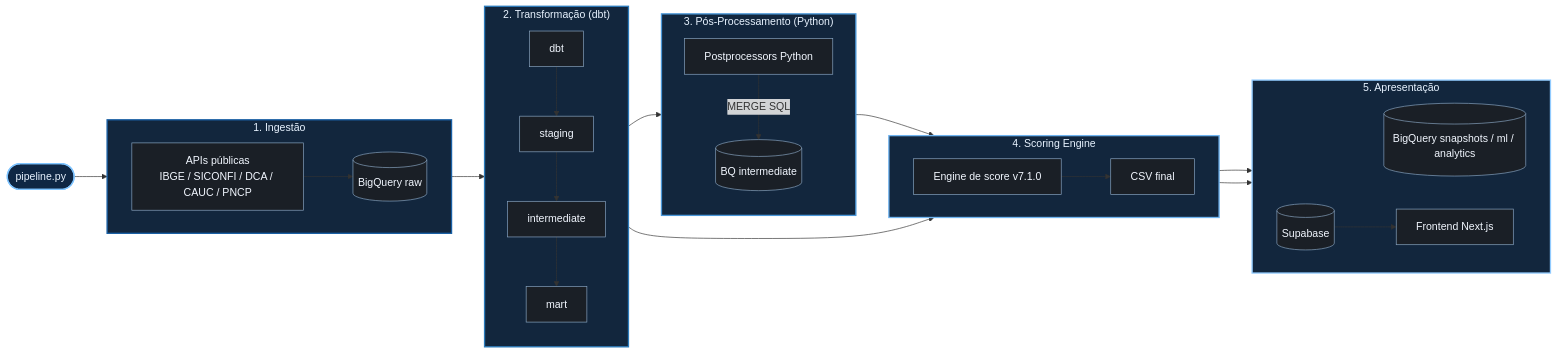
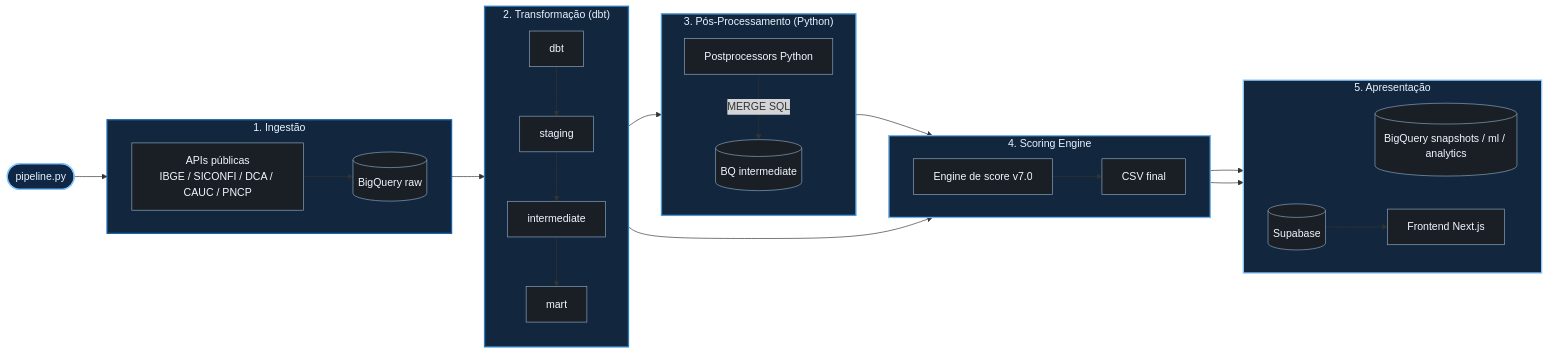
Before and after one commit to Fel-tby/solvelicita-engine: the diagram in README.md, drawn with Mermaid. The commit also changed 5 other files, not shown here.

````diff
--- a/README.md
+++ b/README.md
@@ -60,71 +60,71 @@
 ```mermaid
 flowchart LR
     PL(["pipeline.py"])
 
     subgraph INGEST ["1. Ingestão"]
         direction LR
         APIS["APIs públicas<br/>IBGE / SICONFI / DCA / CAUC / PNCP"]
         RAW[("BigQuery raw")]
         APIS --> RAW
     end
 
     subgraph TRANSFORM ["2. Transformação (dbt)"]
         direction TB
         DBT["dbt"]
         STG["staging"]
         INT["intermediate"]
         MART["mart"]
         DBT --> STG --> INT --> MART
     end
 
     subgraph ENRICH ["3. Pós-Processamento (Python)"]
         direction TB
         PROC["Postprocessors Python"]
         BQINT[("BQ intermediate")]
         PROC -->|MERGE SQL| BQINT
     end
 
     subgraph SCORE ["4. Scoring Engine"]
         direction LR
-        ENG["Engine de score v7.1.0"]
+        ENG["Engine de score v7.0"]
         CSV["CSV final"]
     end
 
     subgraph PRESENT ["5. Apresentação"]
         direction LR
         SNAP[("BigQuery snapshots / ml / analytics")]
         SB[("Supabase")]
         WEB["Frontend Next.js"]
     end
 
     PL --> INGEST
     RAW --> TRANSFORM
     MART --> ENRICH
     MART --> ENG
     BQINT --> ENG
     ENG --> SNAP
     ENG --> CSV
     CSV --> SB
     SB --> WEB
 
     style PL fill:#0f2744,color:#e8f3ff,stroke:#7fc4ff,stroke-width:2px
     style INGEST fill:#12263d,color:#e8f3ff,stroke:#185FA5,stroke-width:2px
     style TRANSFORM fill:#12263d,color:#e8f3ff,stroke:#2B7BBB,stroke-width:2px
     style ENRICH fill:#12263d,color:#e8f3ff,stroke:#4A97D9,stroke-width:2px
     style SCORE fill:#12263d,color:#e8f3ff,stroke:#6FB4F0,stroke-width:2px
     style PRESENT fill:#12263d,color:#e8f3ff,stroke:#91CBFF,stroke-width:2px
 
     style APIS fill:#1a1f26,color:#f2f7ff,stroke:#8aa7c4,stroke-width:1px
     style RAW fill:#1a1f26,color:#f2f7ff,stroke:#8aa7c4,stroke-width:1px
     style DBT fill:#1a1f26,color:#f2f7ff,stroke:#8aa7c4,stroke-width:1px
     style STG fill:#1a1f26,color:#f2f7ff,stroke:#8aa7c4,stroke-width:1px
     style INT fill:#1a1f26,color:#f2f7ff,stroke:#8aa7c4,stroke-width:1px
     style MART fill:#1a1f26,color:#f2f7ff,stroke:#8aa7c4,stroke-width:1px
     style PROC fill:#1a1f26,color:#f2f7ff,stroke:#8aa7c4,stroke-width:1px
     style BQINT fill:#1a1f26,color:#f2f7ff,stroke:#8aa7c4,stroke-width:1px
     style ENG fill:#1a1f26,color:#f2f7ff,stroke:#8aa7c4,stroke-width:1px
     style CSV fill:#1a1f26,color:#f2f7ff,stroke:#8aa7c4,stroke-width:1px
     style SNAP fill:#1a1f26,color:#f2f7ff,stroke:#8aa7c4,stroke-width:1px
     style SB fill:#1a1f26,color:#f2f7ff,stroke:#8aa7c4,stroke-width:1px
     style WEB fill:#1a1f26,color:#f2f7ff,stroke:#8aa7c4,stroke-width:1px
 ```
````
